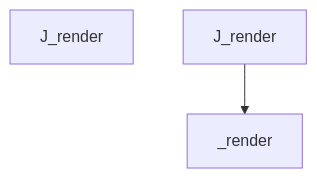
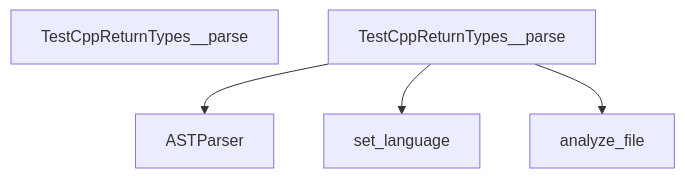
One commit to hazalkoom/DECODEx01 changed diagram 22 of 27 in docs/DATA_FLOW.md. Above: the diagram before and after it, drawn with Mermaid. The commit also changed other lines of this file and 8 other files, not shown here.

````diff
--- a/docs/DATA_FLOW.md
+++ b/docs/DATA_FLOW.md
@@ -827,9 +811,17 @@
 ```mermaid
 graph TD
-    Start[J_render]
+    Start[TestCppReturnTypes__parse]
 
 
-    J_render --> _render
+    TestCppReturnTypes__parse --> ASTParser
+
+
+
+    TestCppReturnTypes__parse --> set_language
+
+
+
+    TestCppReturnTypes__parse --> analyze_file
 
 
 ```
````
